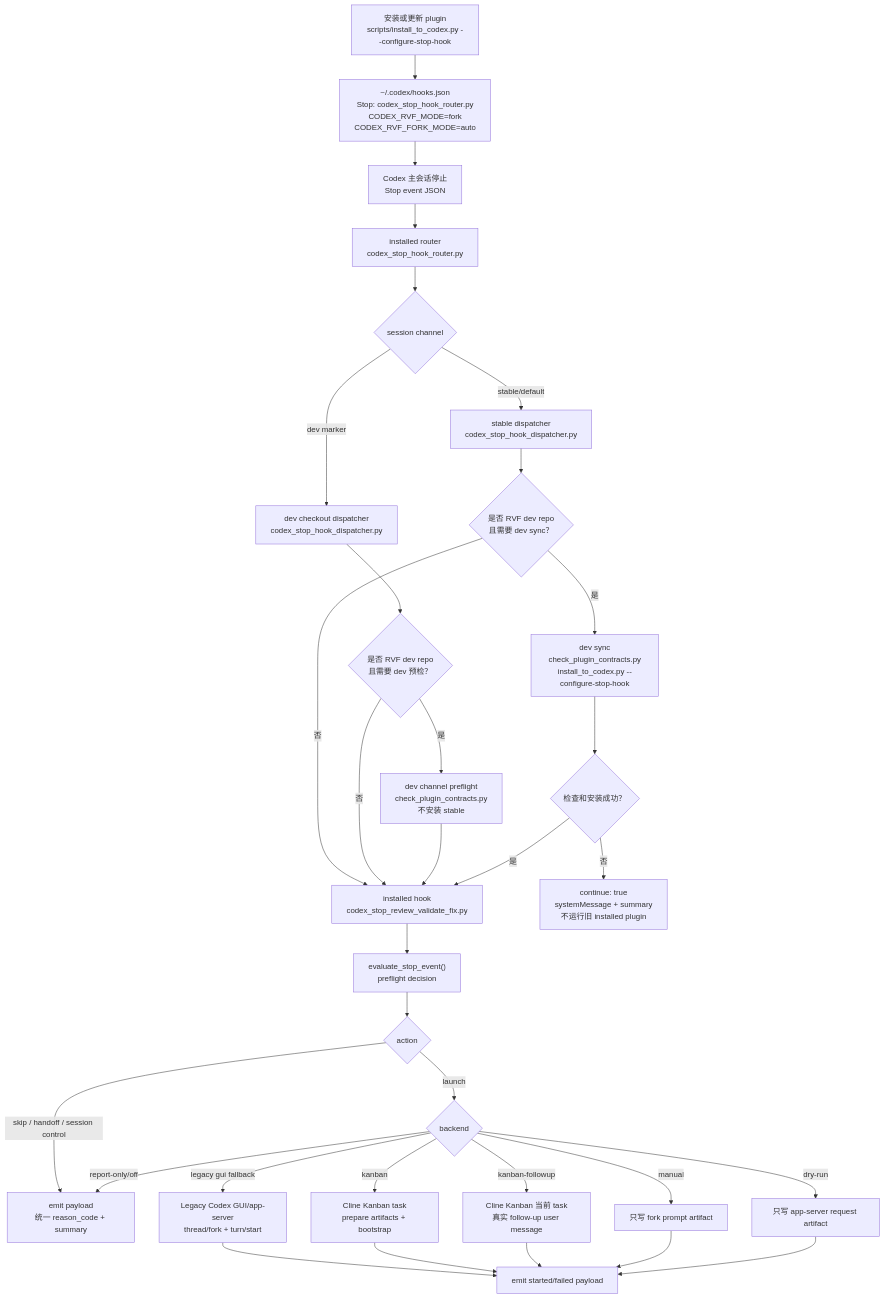
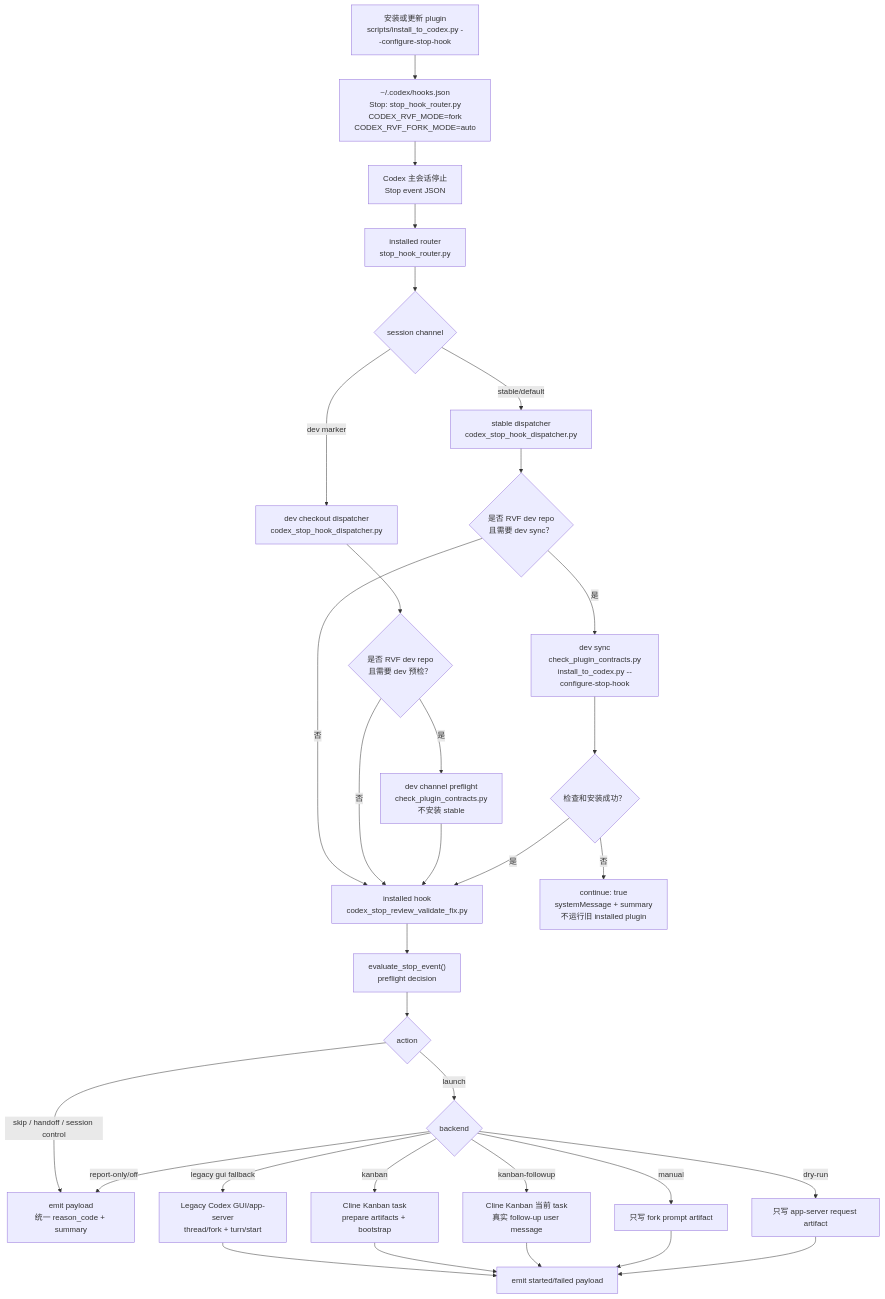
The diagram in README.md (RealmX1/review-validate-fix), drawn with Mermaid before and after one commit. The commit also changed other lines of this file and 11 other files, not shown here.

First line of the commit message:
refactor(rvf): codex_stop_hook_router → stop_hook_router 文件名去-codex（S10j-0）

````diff
--- a/README.md
+++ b/README.md
@@ -241,38 +241,38 @@
 ```mermaid
 flowchart TD
-    Install["安装或更新 plugin\nscripts/install_to_codex.py --configure-stop-hook"] --> Hooks["~/.codex/hooks.json\nStop: codex_stop_hook_router.py\nCODEX_RVF_MODE=fork\nCODEX_RVF_FORK_MODE=auto"]
+    Install["安装或更新 plugin\nscripts/install_to_codex.py --configure-stop-hook"] --> Hooks["~/.codex/hooks.json\nStop: stop_hook_router.py\nCODEX_RVF_MODE=fork\nCODEX_RVF_FORK_MODE=auto"]
     Hooks --> Stop["Codex 主会话停止\nStop event JSON"]
-    Stop --> Router["installed router\ncodex_stop_hook_router.py"]
+    Stop --> Router["installed router\nstop_hook_router.py"]
     Router --> Channel{"session channel"}
     Channel -- "stable/default" --> Dispatcher["stable dispatcher\ncodex_stop_hook_dispatcher.py"]
     Channel -- "dev marker" --> DevDispatcher["dev checkout dispatcher\ncodex_stop_hook_dispatcher.py"]
 
     Dispatcher --> DevCheck{"是否 RVF dev repo\n且需要 dev sync？"}
     DevDispatcher --> DevContract{"是否 RVF dev repo\n且需要 dev 预检？"}
     DevCheck -- "否" --> InstalledHook["installed hook\ncodex_stop_review_validate_fix.py"]
     DevCheck -- "是" --> Sync["dev sync\ncheck_plugin_contracts.py\ninstall_to_codex.py --configure-stop-hook"]
     DevContract -- "否" --> InstalledHook
     DevContract -- "是" --> ContractOnly["dev channel preflight\ncheck_plugin_contracts.py\n不安装 stable"]
     ContractOnly --> InstalledHook
     Sync --> SyncOk{"检查和安装成功？"}
     SyncOk -- "否" --> BlockingFail["continue: true\nsystemMessage + summary\n不运行旧 installed plugin"]
     SyncOk -- "是" --> InstalledHook
 
     InstalledHook --> Evaluate["evaluate_stop_event()\npreflight decision"]
     Evaluate --> Decision{"action"}
     Decision -- "skip / handoff / session control" --> Skip["emit payload\n统一 reason_code + summary"]
     Decision -- "launch" --> Backend{"backend"}
 
     Backend -- "legacy gui fallback" --> Gui["Legacy Codex GUI/app-server\nthread/fork + turn/start"]
     Backend -- "kanban" --> Kanban["Cline Kanban task\nprepare artifacts + bootstrap"]
     Backend -- "kanban-followup" --> KanbanFollowup["Cline Kanban 当前 task\n真实 follow-up user message"]
     Backend -- "manual" --> Manual["只写 fork prompt artifact"]
     Backend -- "dry-run" --> DryRun["只写 app-server request artifact"]
     Backend -- "report-only/off" --> Skip
 
     Gui --> Result["emit started/failed payload"]
     Kanban --> Result
     KanbanFollowup --> Result
     Manual --> Result
     DryRun --> Result
 ```
````
